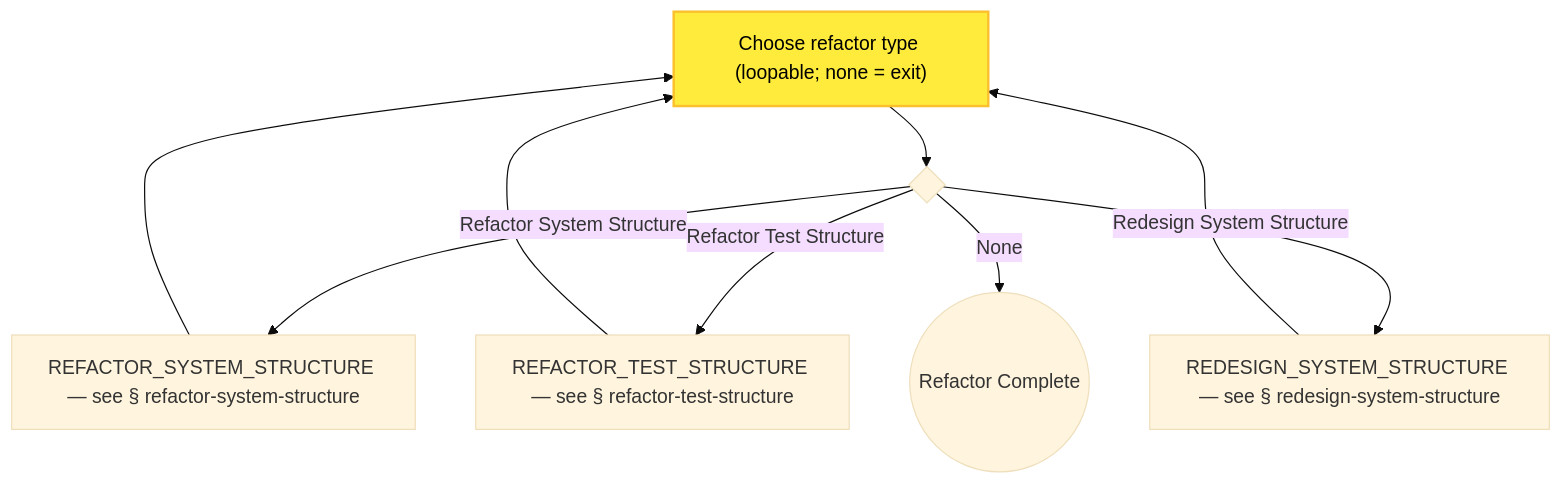
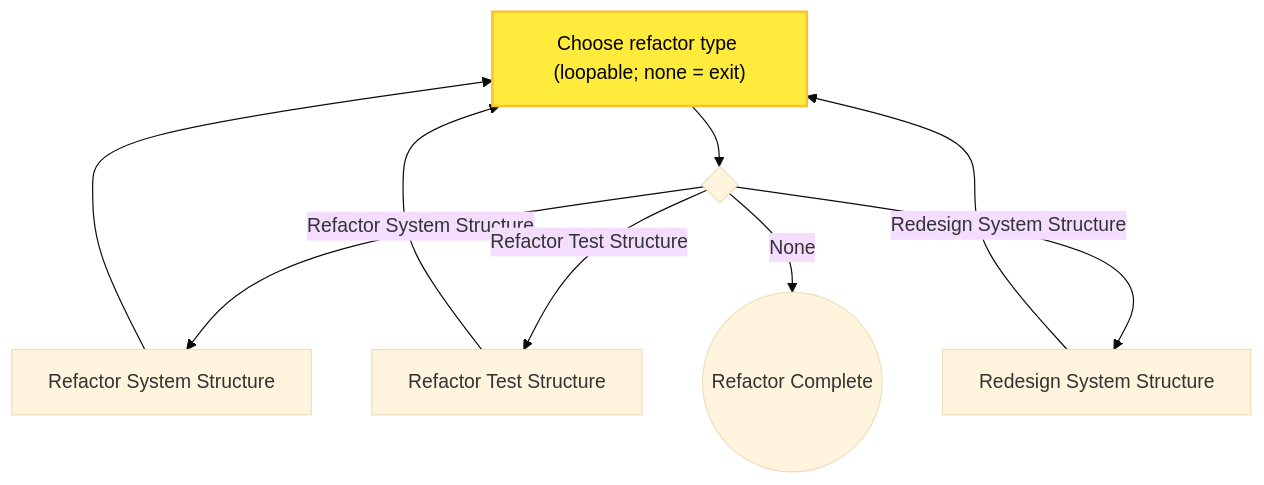
The fifth of 50 diagrams in docs/process-diagram.md (optivem/gh-optivem), drawn with Mermaid (base theme) before and after one commit. The commit also changed other lines of this file and 6 other files, not shown here.

````diff
--- a/docs/process-diagram.md
+++ b/docs/process-diagram.md
@@ -137,21 +137,21 @@
 ```mermaid
 flowchart TD
     CHOOSE_REFACTOR_TYPE["Choose refactor type (loopable; none = exit)"]
     GATE_REFACTOR_TYPE_CHOICE{ }
-    REDESIGN_SYSTEM_STRUCTURE[REDESIGN_SYSTEM_STRUCTURE — see § redesign-system-structure]
-    REFACTOR_SYSTEM_STRUCTURE[REFACTOR_SYSTEM_STRUCTURE — see § refactor-system-structure]
-    REFACTOR_TEST_STRUCTURE[REFACTOR_TEST_STRUCTURE — see § refactor-test-structure]
+    REDESIGN_SYSTEM_STRUCTURE[Redesign System Structure]
+    REFACTOR_SYSTEM_STRUCTURE[Refactor System Structure]
+    REFACTOR_TEST_STRUCTURE[Refactor Test Structure]
     REFACTOR_TOP_END((Refactor Complete))
 
     CHOOSE_REFACTOR_TYPE --> GATE_REFACTOR_TYPE_CHOICE
     GATE_REFACTOR_TYPE_CHOICE -- Refactor System Structure --> REFACTOR_SYSTEM_STRUCTURE
     GATE_REFACTOR_TYPE_CHOICE -- Refactor Test Structure --> REFACTOR_TEST_STRUCTURE
     GATE_REFACTOR_TYPE_CHOICE -- Redesign System Structure --> REDESIGN_SYSTEM_STRUCTURE
     GATE_REFACTOR_TYPE_CHOICE -- None --> REFACTOR_TOP_END
     REFACTOR_SYSTEM_STRUCTURE --> CHOOSE_REFACTOR_TYPE
     REFACTOR_TEST_STRUCTURE --> CHOOSE_REFACTOR_TYPE
     REDESIGN_SYSTEM_STRUCTURE --> CHOOSE_REFACTOR_TYPE
 
     classDef humanNode fill:#ffeb3b,stroke:#fbc02d,stroke-width:2px,color:#000000
     class CHOOSE_REFACTOR_TYPE humanNode
 ```
````
